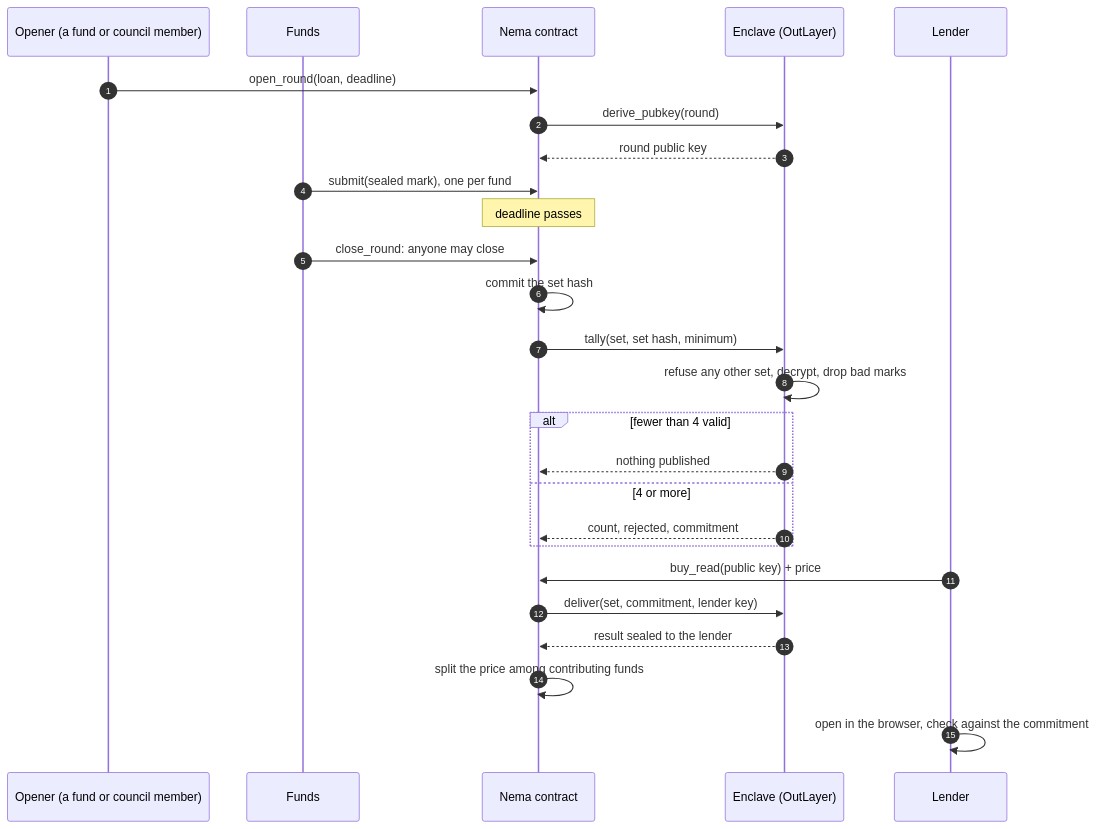
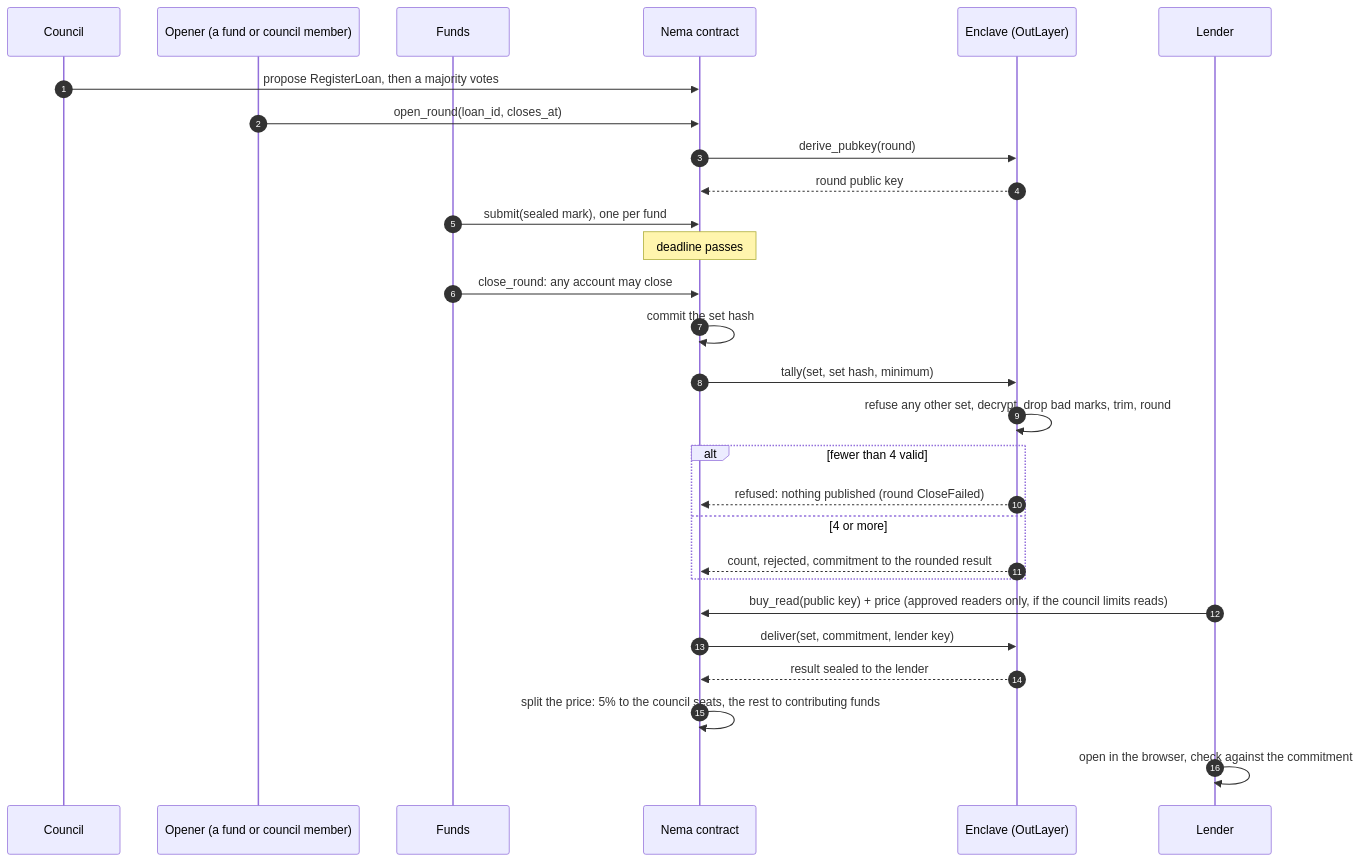
The second of 3 diagrams in README.md (Dami904/nema), drawn with Mermaid before and after one commit. The commit also changed other lines of this file, not shown here.

Commit message:
README: diagrams match v2.1 (council, loan vote, 5% council share, CloseFailed below the minimum); a visible demo video spot

````diff
--- a/README.md
+++ b/README.md
@@ -301,29 +309,31 @@
 ```mermaid
 sequenceDiagram
     autonumber
+    participant G as Council
     participant O as Opener (a fund or council member)
     participant F as Funds
     participant C as Nema contract
     participant E as Enclave (OutLayer)
     participant L as Lender
 
-    O->>C: open_round(loan, deadline)
+    G->>C: propose RegisterLoan, then a majority votes
+    O->>C: open_round(loan_id, closes_at)
     C->>E: derive_pubkey(round)
     E-->>C: round public key
     F->>C: submit(sealed mark), one per fund
     Note over C: deadline passes
-    F->>C: close_round: anyone may close
+    F->>C: close_round: any account may close
     C->>C: commit the set hash
     C->>E: tally(set, set hash, minimum)
-    E->>E: refuse any other set, decrypt, drop bad marks
+    E->>E: refuse any other set, decrypt, drop bad marks, trim, round
     alt fewer than 4 valid
-        E-->>C: nothing published
+        E-->>C: refused: nothing published (round CloseFailed)
     else 4 or more
-        E-->>C: count, rejected, commitment
+        E-->>C: count, rejected, commitment to the rounded result
     end
-    L->>C: buy_read(public key) + price
+    L->>C: buy_read(public key) + price (approved readers only, if the council limits reads)
     C->>E: deliver(set, commitment, lender key)
     E-->>C: result sealed to the lender
-    C->>C: split the price among contributing funds
+    C->>C: split the price: 5% to the council seats, the rest to contributing funds
     L->>L: open in the browser, check against the commitment
 ```
````
